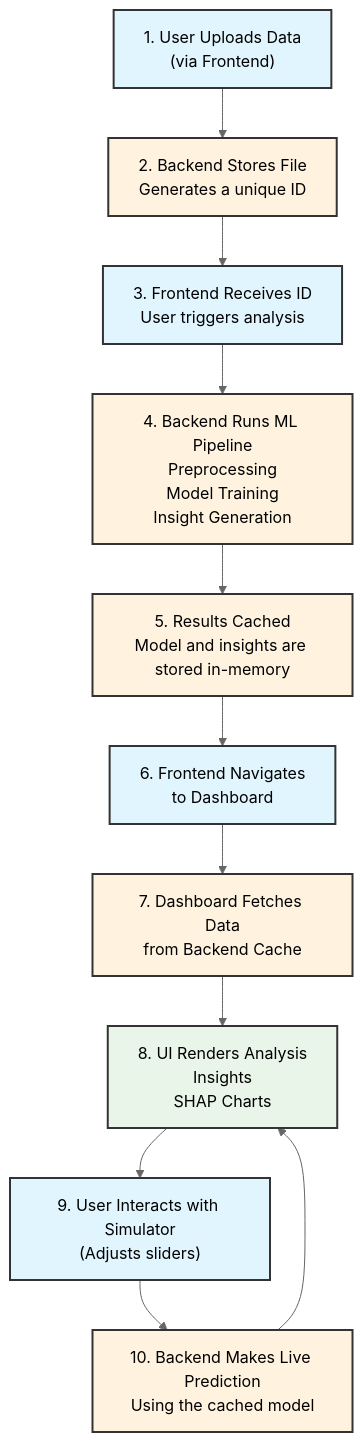
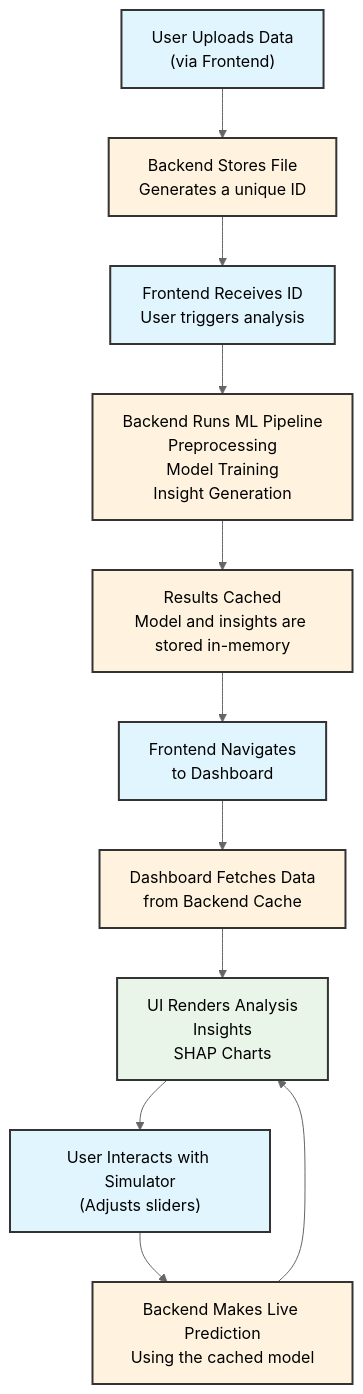
One commit to elliotrosen20/whoop-extended changed the diagram in documentation/simplified_flow_diagram.md. Above: the diagram before and after it, drawn with Mermaid (neutral theme).

Commit message:
Remove list numbers from mermaid

````diff
--- a/documentation/simplified_flow_diagram.md
+++ b/documentation/simplified_flow_diagram.md
@@ -5,26 +5,26 @@
 ```mermaid
 graph TD
-    A["1. User Uploads Data<br/>(via Frontend)"] --> B["2. Backend Stores File<br/>Generates a unique ID"]
-    B --> C["3. Frontend Receives ID<br/>User triggers analysis"]
-    C --> D["4. Backend Runs ML Pipeline<br/>Preprocessing<br/>Model Training<br/>Insight Generation"]
-    D --> E["5. Results Cached<br/>Model and insights are stored in-memory"]
-    E --> F["6. Frontend Navigates<br/>to Dashboard"]
-    F --> G["7. Dashboard Fetches Data<br/>from Backend Cache"]
-    G --> H["8. UI Renders Analysis<br/>Insights<br/>SHAP Charts"]
-    H --> I["9. User Interacts with Simulator<br/>(Adjusts sliders)"]
-    I --> J["10. Backend Makes Live Prediction<br/>Using the cached model"]
+    A["User Uploads Data<br/>(via Frontend)"] --> B["Backend Stores File<br/>Generates a unique ID"]
+    B --> C["Frontend Receives ID<br/>User triggers analysis"]
+    C --> D["Backend Runs ML Pipeline<br/>Preprocessing<br/>Model Training<br/>Insight Generation"]
+    D --> E["Results Cached<br/>Model and insights are stored in-memory"]
+    E --> F["Frontend Navigates<br/>to Dashboard"]
+    F --> G["Dashboard Fetches Data<br/>from Backend Cache"]
+    G --> H["UI Renders Analysis<br/>Insights<br/>SHAP Charts"]
+    H --> I["User Interacts with Simulator<br/>(Adjusts sliders)"]
+    I --> J["Backend Makes Live Prediction<br/>Using the cached model"]
     J --> H
 
     %% Styling to differentiate Frontend and Backend steps
     style A fill:#e1f5fe,stroke:#333,stroke-width:2px
     style C fill:#e1f5fe,stroke:#333,stroke-width:2px
     style F fill:#e1f5fe,stroke:#333,stroke-width:2px
     style H fill:#e8f5e8,stroke:#333,stroke-width:2px
     style I fill:#e1f5fe,stroke:#333,stroke-width:2px
 
     style B fill:#fff3e0,stroke:#333,stroke-width:2px
     style D fill:#fff3e0,stroke:#333,stroke-width:2px
     style E fill:#fff3e0,stroke:#333,stroke-width:2px
     style G fill:#fff3e0,stroke:#333,stroke-width:2px
     style J fill:#fff3e0,stroke:#333,stroke-width:2px
 ```
````
